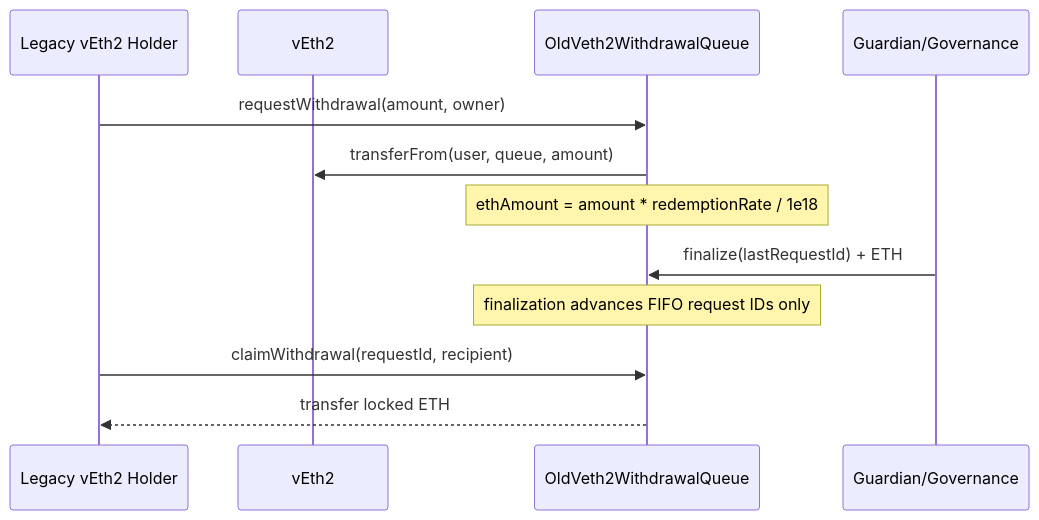
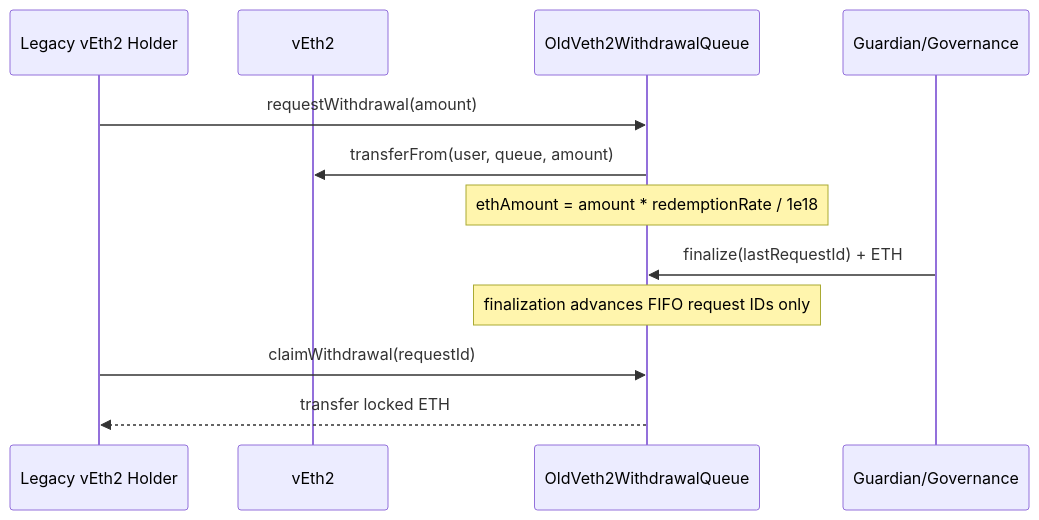
One commit to SharedStake/SharedStake-ui changed the fourth of 6 diagrams in docs/modular-staking/diagrams.md. Above: the diagram before and after it, drawn with Mermaid. The commit also changed 4 other files, not shown here.

````diff
--- a/docs/modular-staking/diagrams.md
+++ b/docs/modular-staking/diagrams.md
@@ -89,17 +89,17 @@
 ```mermaid
 sequenceDiagram
     participant U as Legacy vEth2 Holder
     participant V as vEth2
     participant OWQ as OldVeth2WithdrawalQueue
     participant G as Guardian/Governance
 
-    U->>OWQ: requestWithdrawal(amount, owner)
+    U->>OWQ: requestWithdrawal(amount)
     OWQ->>V: transferFrom(user, queue, amount)
     Note over OWQ: ethAmount = amount * redemptionRate / 1e18
 
     G->>OWQ: finalize(lastRequestId) + ETH
     Note over OWQ: finalization advances FIFO request IDs only
 
-    U->>OWQ: claimWithdrawal(requestId, recipient)
+    U->>OWQ: claimWithdrawal(requestId)
     OWQ-->>U: transfer locked ETH
 ```
````
